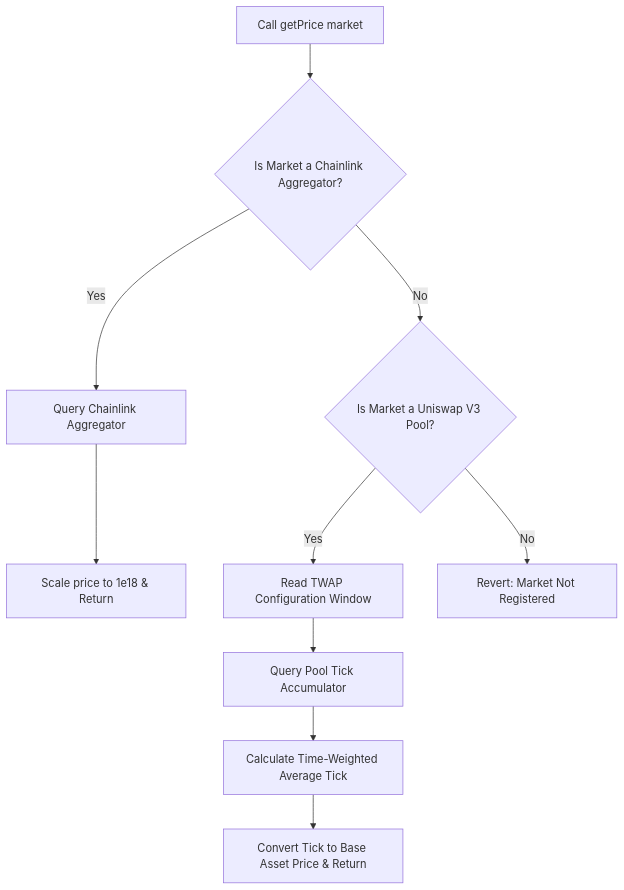
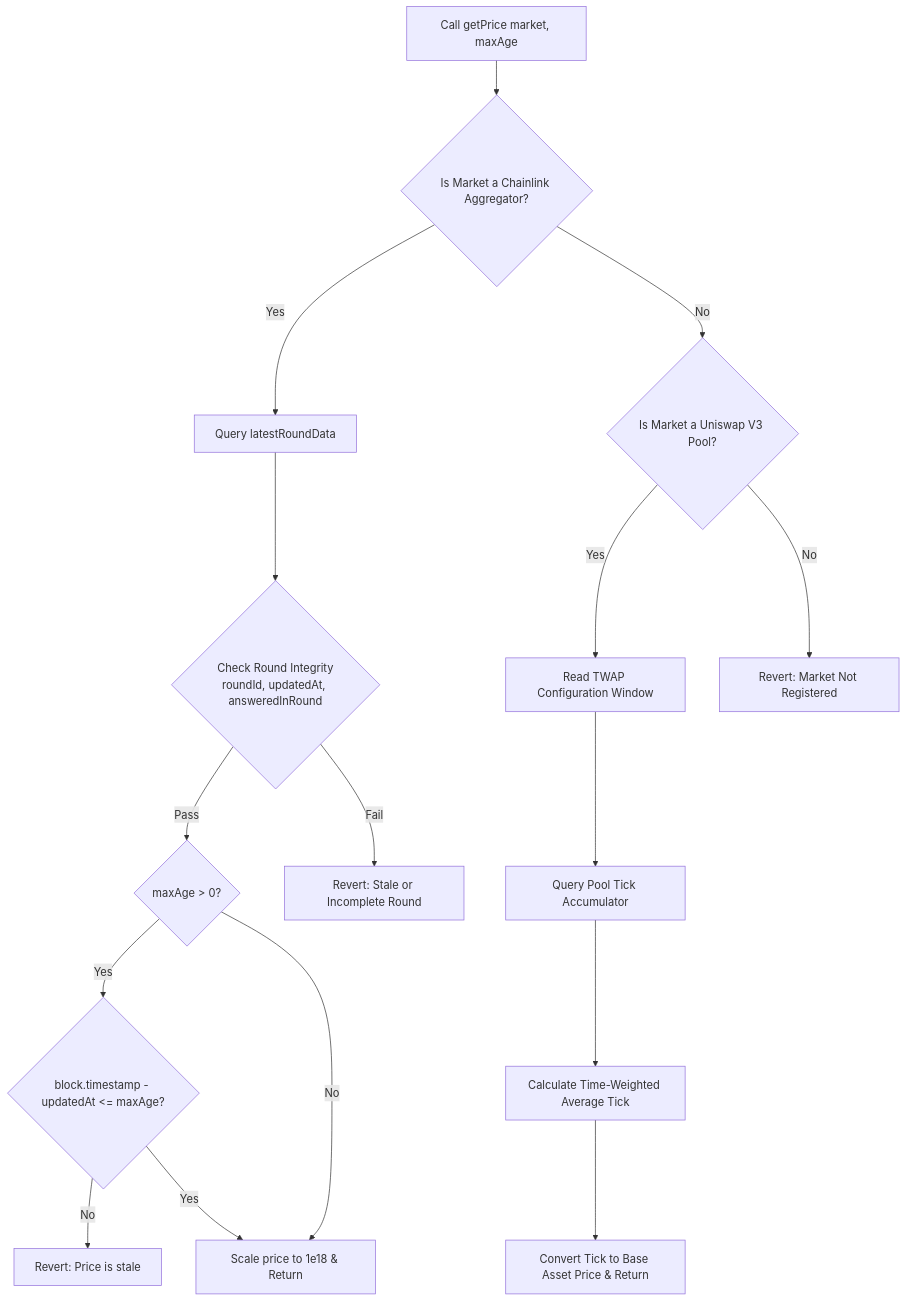
The diagram in docs/smart contracts/price-oracle.md (jimstir/moreLikely-treasury), drawn with Mermaid before and after one commit. The commit also changed other lines of this file and 23 other files, not shown here.

````diff
--- a/docs/smart contracts/price-oracle.md
+++ b/docs/smart contracts/price-oracle.md
@@ -36,12 +44,18 @@
 ```mermaid
 graph TD
-    A[Call getPrice market] --> B{Is Market a Chainlink Aggregator?}
-    B -- Yes --> C[Query Chainlink Aggregator]
-    C --> D[Scale price to 1e18 & Return]
-    B -- No --> E{Is Market a Uniswap V3 Pool?}
-    E -- Yes --> F[Read TWAP Configuration Window]
-    F --> G[Query Pool Tick Accumulator]
-    G --> H[Calculate Time-Weighted Average Tick]
-    H --> I[Convert Tick to Base Asset Price & Return]
-    E -- No --> J[Revert: Market Not Registered]
+    A[Call getPrice market, maxAge] --> B{Is Market a Chainlink Aggregator?}
+    B -- Yes --> C[Query latestRoundData]
+    C --> D{Check Round Integrity<br>roundId, updatedAt, answeredInRound}
+    D -- Pass --> E{maxAge > 0?}
+    E -- Yes --> F{block.timestamp - updatedAt <= maxAge?}
+    F -- No --> G[Revert: Price is stale]
+    F -- Yes --> H[Scale price to 1e18 & Return]
+    E -- No --> H
+    D -- Fail --> I[Revert: Stale or Incomplete Round]
+    B -- No --> J{Is Market a Uniswap V3 Pool?}
+    J -- Yes --> K[Read TWAP Configuration Window]
+    K --> L[Query Pool Tick Accumulator]
+    L --> M[Calculate Time-Weighted Average Tick]
+    M --> N[Convert Tick to Base Asset Price & Return]
+    J -- No --> O[Revert: Market Not Registered]
 ```
````
